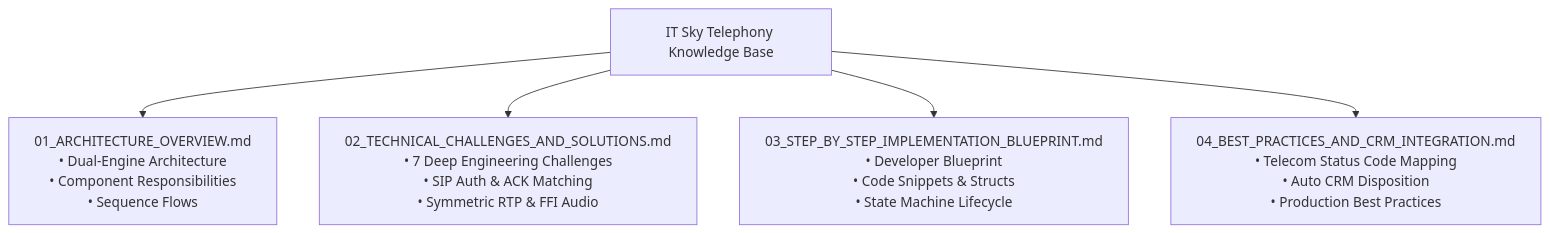
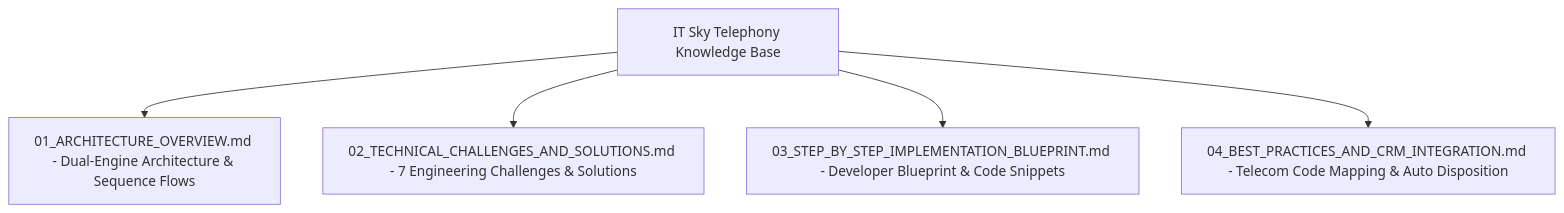
The diagram in Documentation/IT_Sky_SIP_Integration_Guide/README.md (odufu/NovaSuit), drawn with Mermaid before and after one commit. The commit also changed 1 other file, not shown here.

Commit message:
docs(telephony): fix Mermaid subgraph syntax and remove HTML tags from node labels

````diff
--- a/Documentation/IT_Sky_SIP_Integration_Guide/README.md
+++ b/Documentation/IT_Sky_SIP_Integration_Guide/README.md
@@ -11,9 +11,9 @@
 ```mermaid
 graph TD
     KB["IT Sky Telephony Knowledge Base"]
     
-    KB --> Doc1["01_ARCHITECTURE_OVERVIEW.md<br/>• Dual-Engine Architecture<br/>• Component Responsibilities<br/>• Sequence Flows"]
-    KB --> Doc2["02_TECHNICAL_CHALLENGES_AND_SOLUTIONS.md<br/>• 7 Deep Engineering Challenges<br/>• SIP Auth & ACK Matching<br/>• Symmetric RTP & FFI Audio"]
-    KB --> Doc3["03_STEP_BY_STEP_IMPLEMENTATION_BLUEPRINT.md<br/>• Developer Blueprint<br/>• Code Snippets & Structs<br/>• State Machine Lifecycle"]
-    KB --> Doc4["04_BEST_PRACTICES_AND_CRM_INTEGRATION.md<br/>• Telecom Status Code Mapping<br/>• Auto CRM Disposition<br/>• Production Best Practices"]
+    KB --> Doc1["01_ARCHITECTURE_OVERVIEW.md - Dual-Engine Architecture & Sequence Flows"]
+    KB --> Doc2["02_TECHNICAL_CHALLENGES_AND_SOLUTIONS.md - 7 Engineering Challenges & Solutions"]
+    KB --> Doc3["03_STEP_BY_STEP_IMPLEMENTATION_BLUEPRINT.md - Developer Blueprint & Code Snippets"]
+    KB --> Doc4["04_BEST_PRACTICES_AND_CRM_INTEGRATION.md - Telecom Code Mapping & Auto Disposition"]
 ```
````
